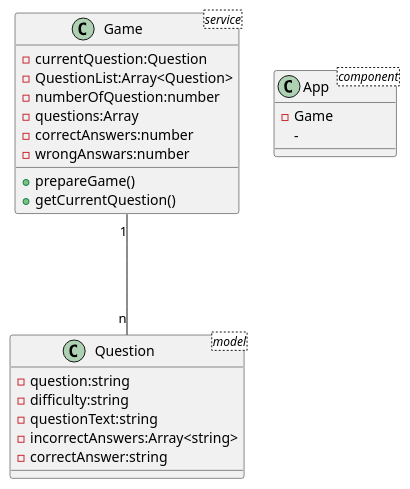
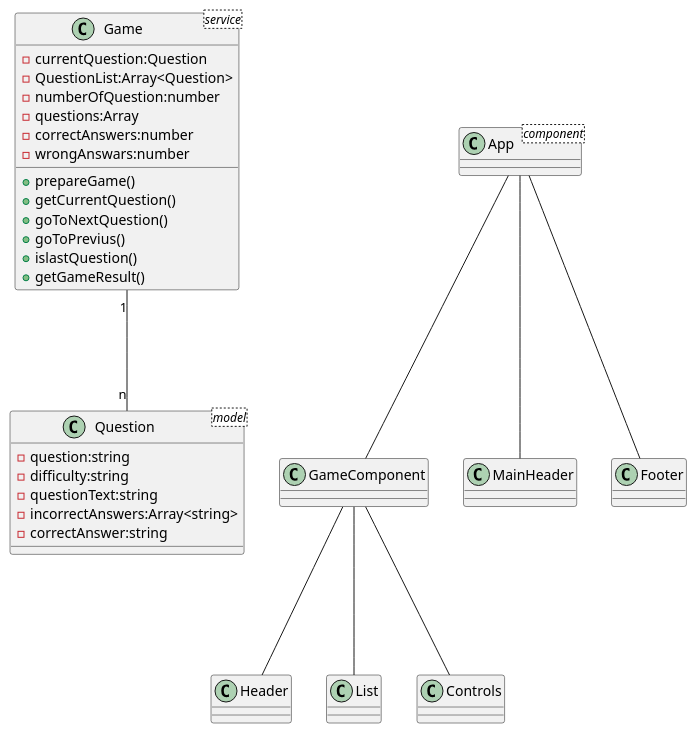
One commit to corsidrive/quiz_layout_and_project changed the diagram in angular_quiz.puml. Above: the diagram before and after it, drawn with PlantUML. The commit also changed 3 other files, not shown here.

```diff
--- a/angular_quiz.puml
+++ b/angular_quiz.puml
@@ -1,30 +1,45 @@
 @startuml
 
   Game "1"---"n" Question
+  App --- GameComponent
+  App --- MainHeader
+  App --- Footer
+
+  GameComponent --- Header
+  GameComponent --- List
+  GameComponent --- Controls
 
   class App <component> {
-       - Game 
-       - 
+        
   }
 
   class Game <service> {
       - currentQuestion:Question
       - QuestionList:Array<Question>
       - numberOfQuestion:number
       - questions:Array
       - correctAnswers:number
       - wrongAnswars:number
       ' imposta la partita imposta la pria domanda
       + prepareGame()
-      + getCurrentQuestion() 
+      + getCurrentQuestion()
+      + goToNextQuestion()
+      + goToPrevius()
+      + islastQuestion()
+      + getGameResult()
   }
+
+  ' class GameResult {
+  '       points
+  '       win
+  ' }
 
   class Question <model> {
       - question:string
       - difficulty:string
       - questionText:string
       - incorrectAnswers:Array<string>
       - correctAnswer:string
   }
 
 @enduml
```
